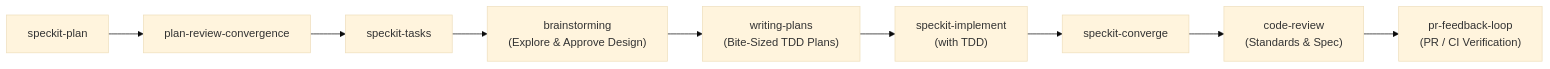
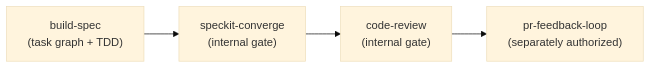
One commit to pminhtaiii/wayfinder changed the diagram in context/workflow.md. Above: the diagram before and after it, drawn with Mermaid (base theme). The commit also changed other lines of this file and 15 other files, not shown here.

````diff
--- a/context/workflow.md
+++ b/context/workflow.md
@@ -13,11 +17,6 @@
 ```mermaid
 flowchart LR
-    A["speckit-plan"] --> B["plan-review-convergence"]
-    B --> C["speckit-tasks"]
-    C --> D["brainstorming\n(Explore & Approve Design)"]
-    D --> E["writing-plans\n(Bite-Sized TDD Plans)"]
-    E --> F["speckit-implement\n(with TDD)"]
-    F --> G["speckit-converge"]
-    G --> H["code-review\n(Standards & Spec)"]
-    H --> I["pr-feedback-loop\n(PR / CI Verification)"]
+    A["build-spec\n(task graph + TDD)"] --> B["speckit-converge\n(internal gate)"]
+    B --> C["code-review\n(internal gate)"]
+    C --> D["pr-feedback-loop\n(separately authorized)"]
 ```
````
